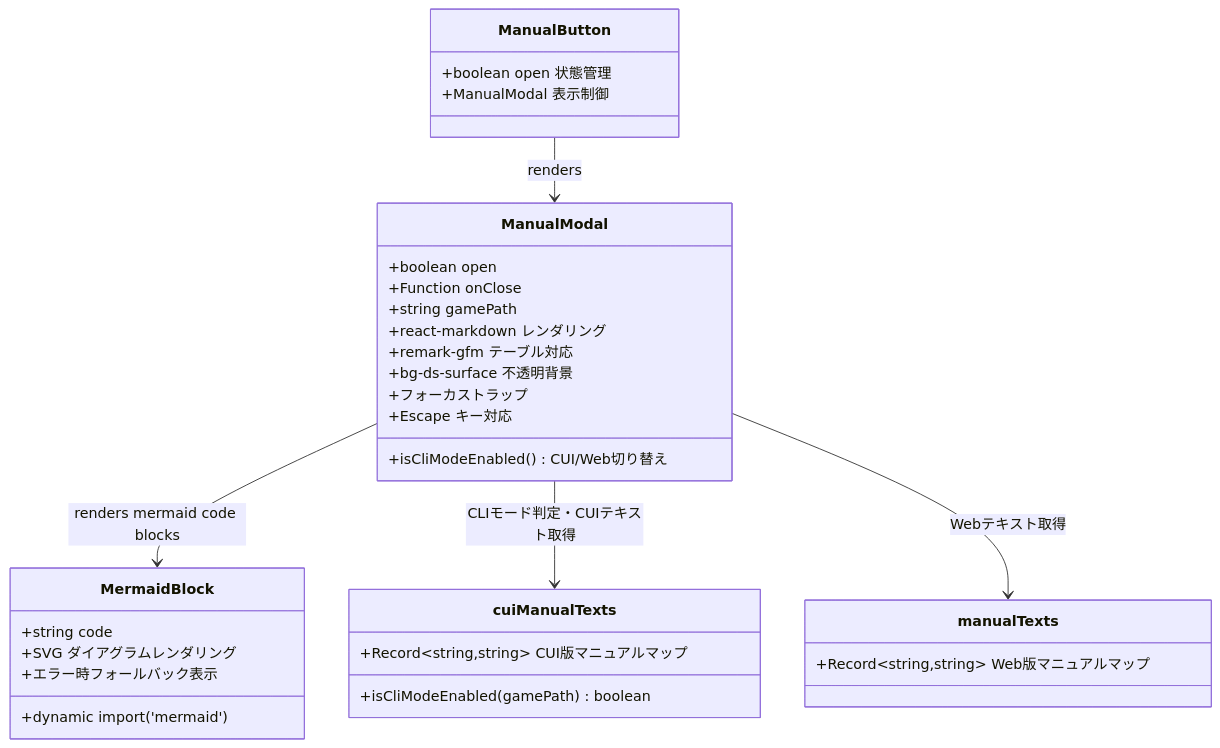
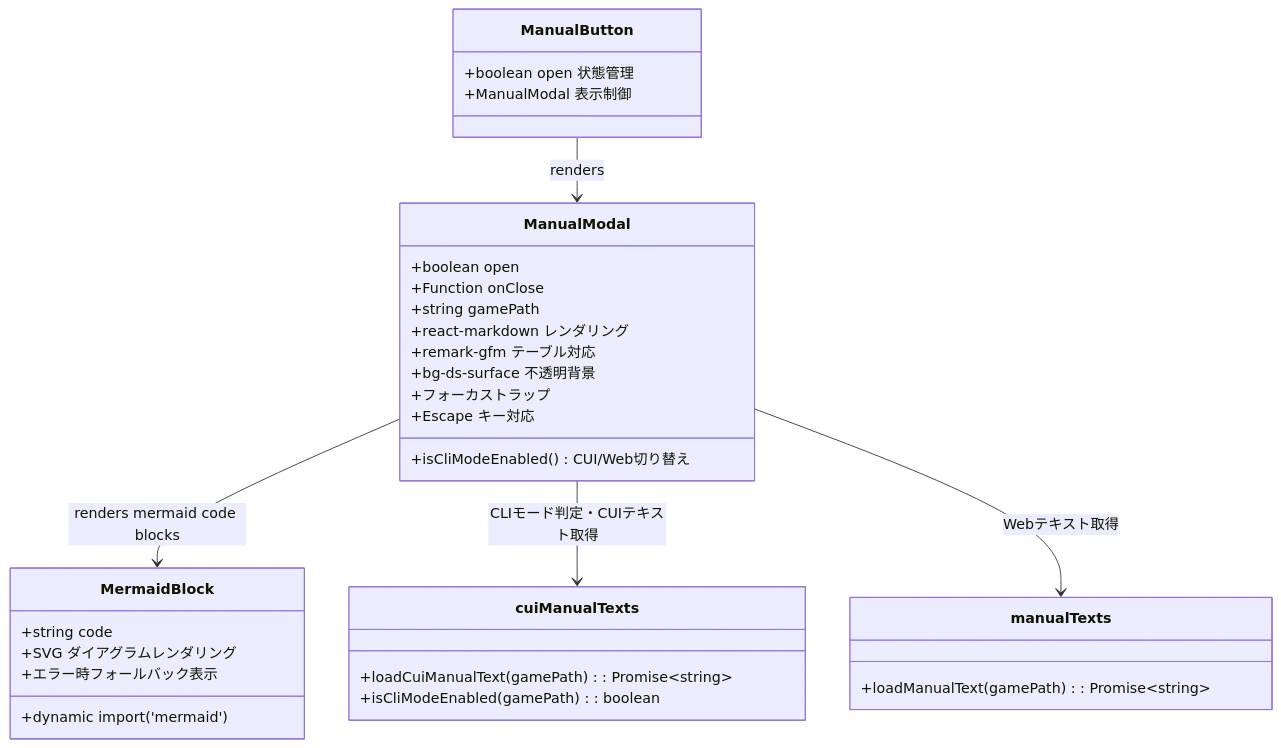
Before and after one commit to yuta-yoshinaga/go_trumpcards: the seventh of 49 diagrams in docs/design/frontend.md, drawn with Mermaid. The commit also changed other lines of this file, not shown here.

````diff
--- a/docs/design/frontend.md
+++ b/docs/design/frontend.md
@@ -1457,40 +1457,40 @@
 ```mermaid
 classDiagram
     class ManualButton {
         +boolean open 状態管理
         +ManualModal 表示制御
     }
 
     class ManualModal {
         +boolean open
         +Function onClose
         +string gamePath
         +react-markdown レンダリング
         +remark-gfm テーブル対応
         +bg-ds-surface 不透明背景
         +フォーカストラップ
         +Escape キー対応
         +isCliModeEnabled() CUI/Web切り替え
     }
 
     class MermaidBlock {
         +string code
         +dynamic import('mermaid')
         +SVG ダイアグラムレンダリング
         +エラー時フォールバック表示
     }
 
     class cuiManualTexts {
-        +Record~string,string~ CUI版マニュアルマップ
-        +isCliModeEnabled(gamePath) boolean
+        +loadCuiManualText(gamePath): Promise~string~
+        +isCliModeEnabled(gamePath): boolean
     }
 
     class manualTexts {
-        +Record~string,string~ Web版マニュアルマップ
+        +loadManualText(gamePath): Promise~string~
     }
 
     ManualButton --> ManualModal : renders
     ManualModal --> MermaidBlock : renders mermaid code blocks
     ManualModal --> cuiManualTexts : CLIモード判定・CUIテキスト取得
     ManualModal --> manualTexts : Webテキスト取得
 ```
````
